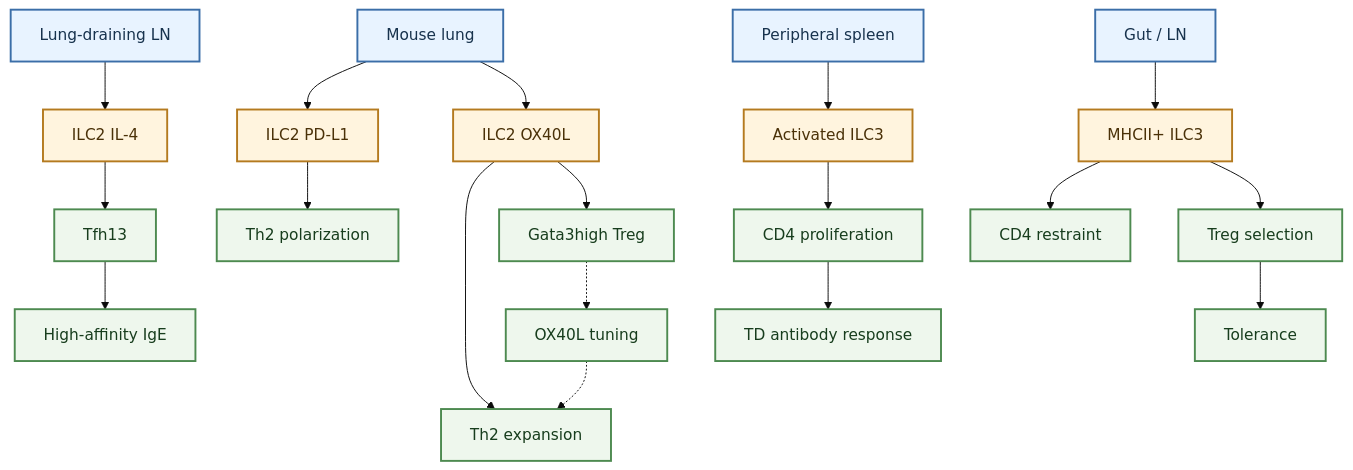
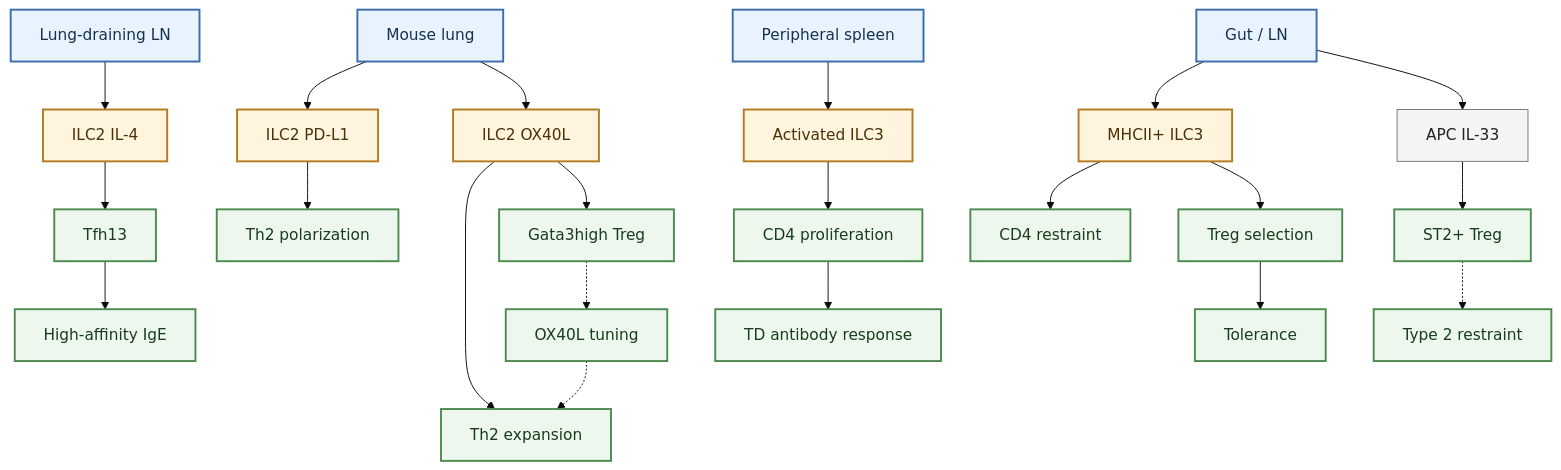
One commit to shao1116/ILC-Wiki changed the first of 2 diagrams in wiki/topics/ILC_regulation_of_adaptive_immunity.md. Above: the diagram before and after it, drawn with Mermaid (base theme). The commit also changed other lines of this file and 16 other files, not shown here.

````diff
--- a/wiki/topics/ILC_regulation_of_adaptive_immunity.md
+++ b/wiki/topics/ILC_regulation_of_adaptive_immunity.md
@@ -158,30 +162,35 @@
 ```mermaid
 flowchart TB
     accTitle: ILC Adaptive Immunity T Cell Map
     accDescr: Compact map of lung ILC2 costimulation and gut ILC3 T-cell tolerance mechanisms.
 
     lung["Mouse lung"] --> pdl1["ILC2 PD-L1"]
     lung --> ilc2["ILC2 OX40L"]
     ldn["Lung-draining LN"] --> ln_ilc2["ILC2 IL-4"]
     pdl1 --> th2_pol["Th2 polarization"]
     ilc2 --> th2["Th2 expansion"]
     ilc2 --> treg_lung["Gata3high Treg"]
     treg_lung -.-> ox40l_tune["OX40L tuning"]
     ox40l_tune -.-> th2
     ln_ilc2 --> tfh13["Tfh13"]
     tfh13 --> ige["High-affinity IgE"]
     spleen["Peripheral spleen"] --> act_ilc3["Activated ILC3"]
     act_ilc3 --> cd4_prolif["CD4 proliferation"]
     cd4_prolif --> td_bcell["TD antibody response"]
     gut["Gut / LN"] --> ilc3_mhcii["MHCII+ ILC3"]
     ilc3_mhcii --> cd4["CD4 restraint"]
     ilc3_mhcii --> treg_gut["Treg selection"]
     treg_gut --> tolerance["Tolerance"]
+    gut --> apc_il33["APC IL-33"]
+    apc_il33 --> st2_treg["ST2+ Treg"]
+    st2_treg -.-> type2_restraint["Type 2 restraint"]
 
     classDef tissue fill:#e8f3ff,stroke:#3b6ea8,stroke-width:2px,color:#17324d
     classDef ilc fill:#fff4de,stroke:#b47a1f,stroke-width:2px,color:#4a3108
+    classDef cue fill:#f4f4f4,stroke:#777,stroke-width:1px,color:#222
     classDef adaptive fill:#eef7ed,stroke:#4d8a50,stroke-width:2px,color:#173d1d
     class lung,gut,spleen,ldn tissue
     class pdl1,ilc2,ln_ilc2,ilc3_mhcii,act_ilc3 ilc
-    class th2_pol,th2,treg_lung,ox40l_tune,tfh13,ige,cd4,treg_gut,tolerance,cd4_prolif,td_bcell adaptive
+    class apc_il33 cue
+    class th2_pol,th2,treg_lung,ox40l_tune,tfh13,ige,cd4,treg_gut,tolerance,cd4_prolif,td_bcell,st2_treg,type2_restraint adaptive
 ```
````
